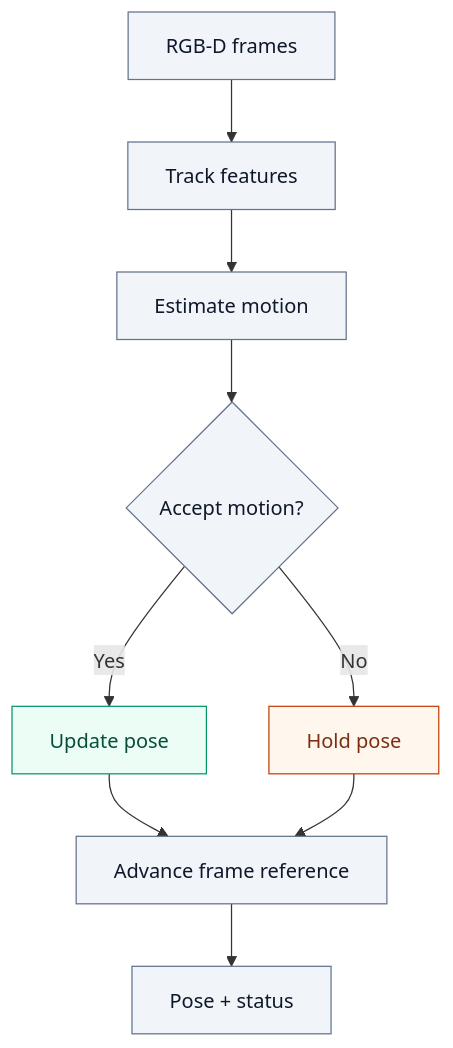
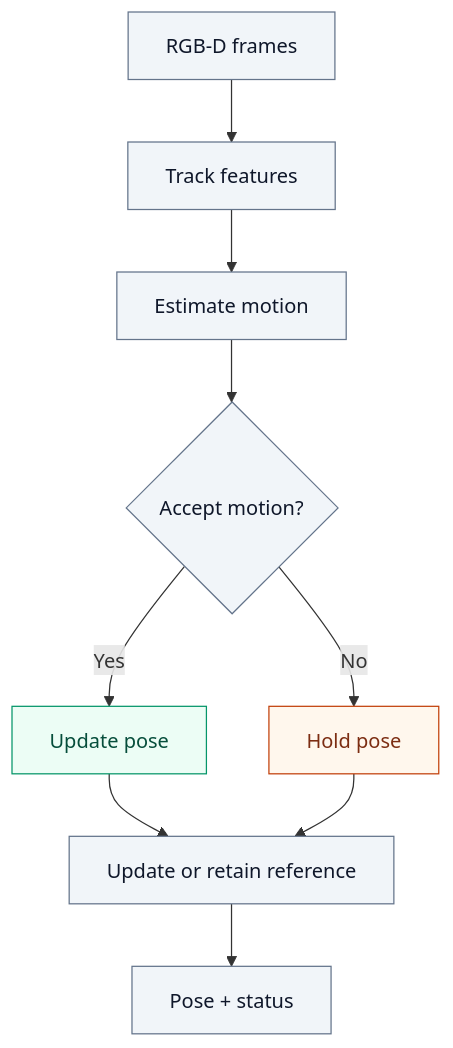
One commit to amoghskanda/drone-vo-lab changed the diagram in docs/architecture.md. Above: the diagram before and after it, drawn with Mermaid. The commit also changed other lines of this file and 12 other files, not shown here.

````diff
--- a/docs/architecture.md
+++ b/docs/architecture.md
@@ -19,18 +19,18 @@
 ```mermaid
 flowchart TB
     frames["RGB-D frames"] --> track["Track features"]
     track --> motion["Estimate motion"]
     motion --> accept{"Accept motion?"}
     accept -->|"Yes"| integrate["Update pose"]
     accept -->|"No"| hold["Hold pose"]
-    integrate --> next["Advance frame reference"]
+    integrate --> next["Update or retain reference"]
     hold --> next
     next --> result["Pose + status"]
 
     classDef plain fill:#f1f5f9,stroke:#64748b,color:#0f172a
     classDef accepted fill:#ecfdf5,stroke:#059669,color:#064e3b
     classDef rejected fill:#fff7ed,stroke:#c2410c,color:#7c2d12
     class frames,track,motion,accept,next,result plain
     class integrate accepted
     class hold rejected
 ```
````
